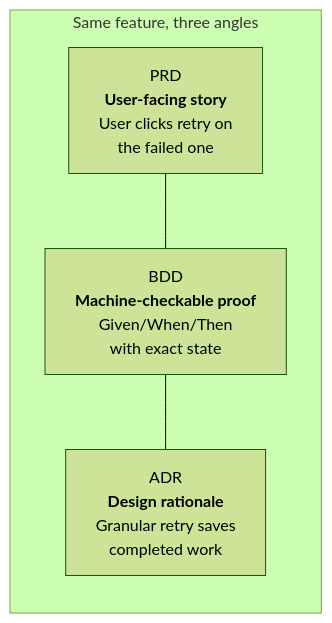
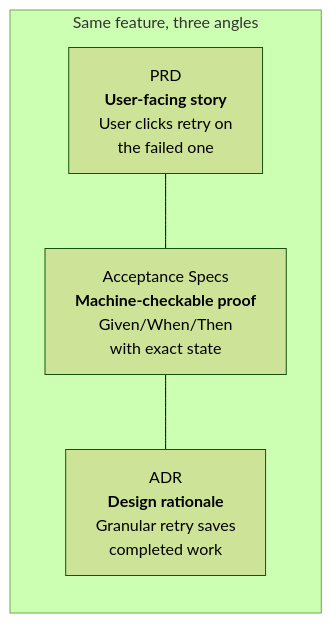
The first of 3 diagrams in docs/SPEC-FRAMEWORK.md (nuno-git/druppie-fork), drawn with Mermaid (forest theme) before and after one commit. The commit also changed other lines of this file and 8 other files, not shown here.

First line of the commit message:
refactor(docs): rename BDD to Acceptance Specs across framework

````diff
--- a/docs/SPEC-FRAMEWORK.md
+++ b/docs/SPEC-FRAMEWORK.md
@@ -68,9 +103,9 @@
 ```mermaid
 flowchart LR
     subgraph "Same feature, three angles"
         PRD["PRD<br/><b>User-facing story</b><br/>User clicks retry on<br/>the failed one"]
-        BDD["BDD<br/><b>Machine-checkable proof</b><br/>Given/When/Then<br/>with exact state"]
+        SPECS["Acceptance Specs<br/><b>Machine-checkable proof</b><br/>Given/When/Then<br/>with exact state"]
         ADR["ADR<br/><b>Design rationale</b><br/>Granular retry saves<br/>completed work"]
     end
-    PRD --- BDD --- ADR
+    PRD --- SPECS --- ADR
 ```
````
